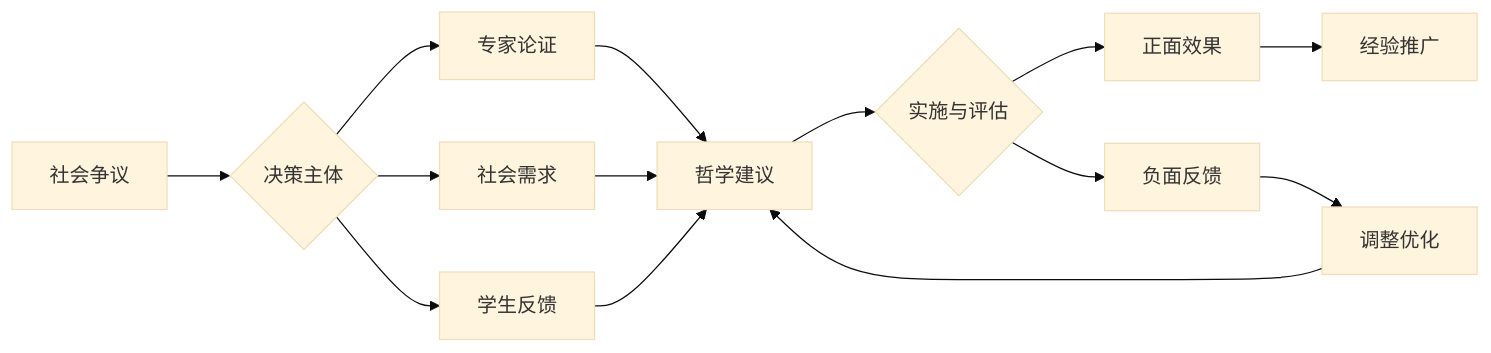
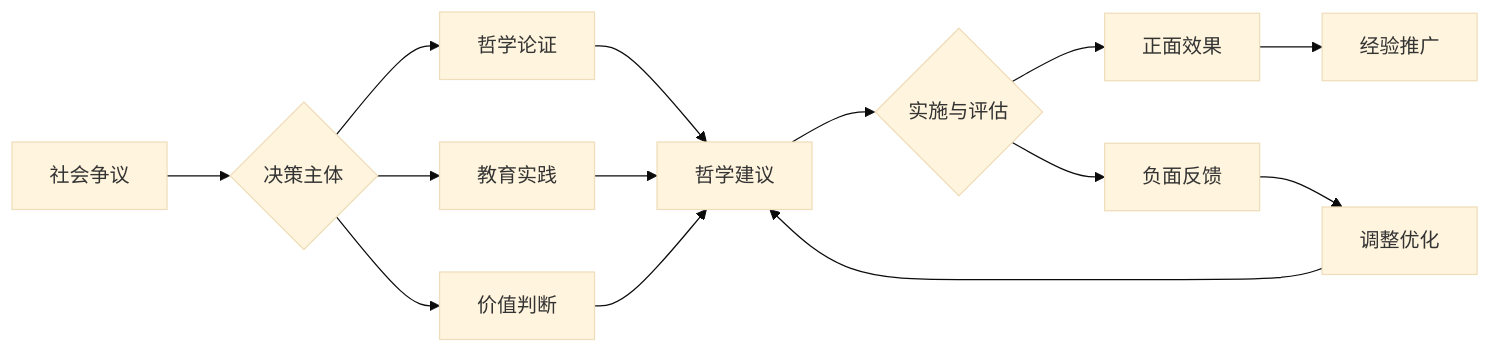
Before and after one commit to AdaMartin18010/SeniorEnducation: the fifth of 5 diagrams in 01-哲学科学基础/02-教育哲学与价值观.md, drawn with Mermaid (base theme). The commit also changed other lines of this file and 3 other files, not shown here.

````diff
--- a/01-哲学科学基础/02-教育哲学与价值观.md
+++ b/01-哲学科学基础/02-教育哲学与价值观.md
@@ -287,16 +266,16 @@
 ```mermaid
 graph LR
     A[社会争议] --> B{决策主体}
-    B --> C[专家论证]
-    B --> D[社会需求]
-    B --> E[学生反馈]
+    B --> C[哲学论证]
+    B --> D[教育实践]
+    B --> E[价值判断]
     C --> F[哲学建议]
     D --> F
     E --> F
     F --> G{实施与评估}
     G --> H[正面效果]
     G --> I[负面反馈]
     I --> J[调整优化]
     H --> K[经验推广]
     J --> F
 ```
````
